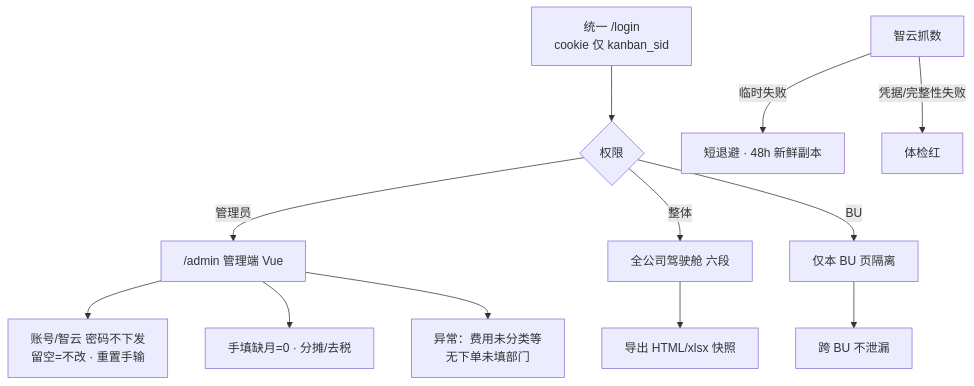
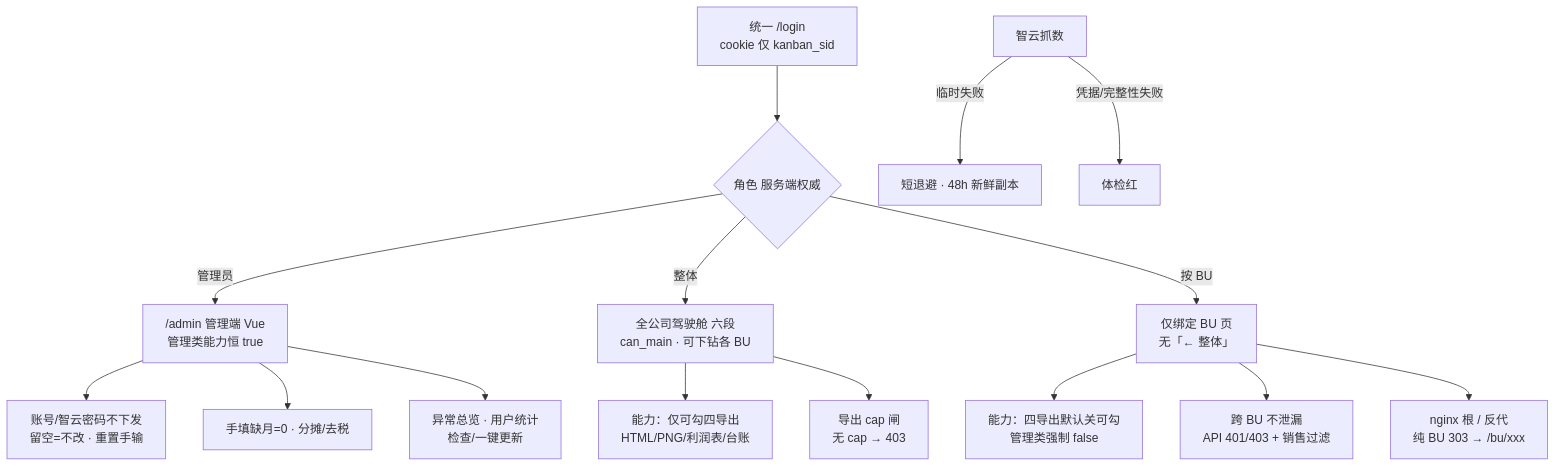
One commit to EvanLee2004/BI changed the diagram in docs/设计图/06_账号登录与权限分流图.mmd. Above: the diagram before and after it, drawn with Mermaid. The commit also changed 24 other files, not shown here.

First line of the commit message:
docs: perfect README + 3.7.19 architecture/auth diagrams

```diff
--- a/docs/设计图/06_账号登录与权限分流图.mmd
+++ b/docs/设计图/06_账号登录与权限分流图.mmd
@@ -1,13 +1,16 @@
-%% 登录权限分流 · VERSION 3.7.15 · 2026-08-05
+%% 登录权限分流与隔离 · VERSION 3.7.19 · 2026-08-08
 flowchart TD
-  L["统一 /login<br/>cookie 仅 kanban_sid"] --> G{权限}
-  G -->|管理员| ADM["/admin 管理端 Vue"]
-  G -->|整体| MAIN["全公司驾驶舱 六段"]
-  G -->|BU| BU["仅本 BU 页隔离"]
-  ADM --> SET["账号/智云 密码不下发<br/>留空=不改 · 重置手输"]
+  L["统一 /login<br/>cookie 仅 kanban_sid"] --> G{角色 服务端权威}
+  G -->|管理员| ADM["/admin 管理端 Vue<br/>管理类能力恒 true"]
+  G -->|整体| MAIN["全公司驾驶舱 六段<br/>can_main · 可下钻各 BU"]
+  G -->|按 BU| BU["仅绑定 BU 页<br/>无「← 整体」"]
+  ADM --> SET["账号/智云密码不下发<br/>留空=不改 · 重置手输"]
   ADM --> MAN["手填缺月=0 · 分摊/去税"]
-  ADM --> EXC["异常：费用未分类等<br/>无下单未填部门"]
-  MAIN --> EXP["导出 HTML/xlsx 快照"]
-  BU --> ISO["跨 BU 不泄漏"]
+  ADM --> EXC["异常总览 · 用户统计<br/>检查/一键更新"]
+  MAIN --> CAP1["能力：仅可勾四导出<br/>HTML/PNG/利润表/台账"]
+  BU --> CAP2["能力：四导出默认关可勾<br/>管理类强制 false"]
+  MAIN --> EXP["导出 cap 闸<br/>无 cap → 403"]
+  BU --> ISO["跨 BU 不泄漏<br/>API 401/403 + 销售过滤"]
+  BU --> GATE["nginx 根 / 反代<br/>纯 BU 303 → /bu/xxx"]
   ZY["智云抓数"] -->|临时失败| BK["短退避 · 48h 新鲜副本"]
   ZY -->|凭据/完整性失败| RED["体检红"]
```
